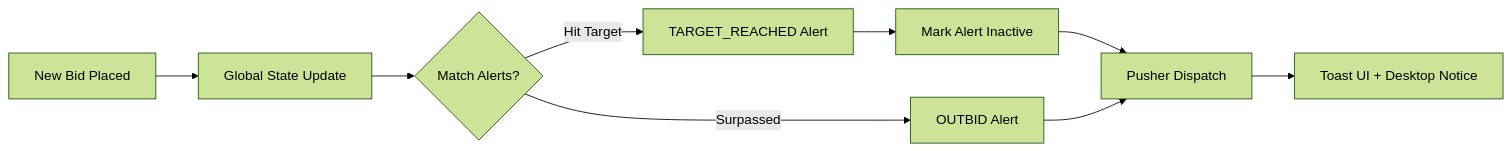
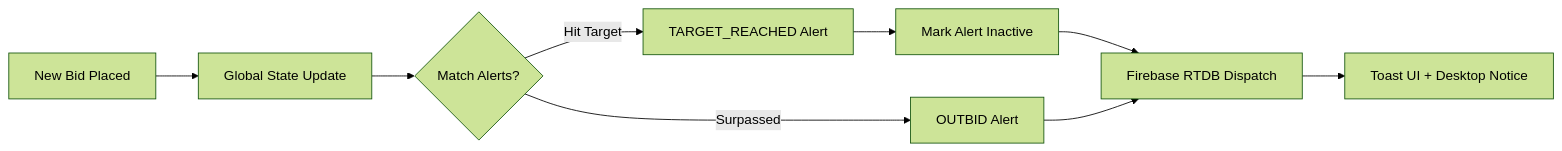
One commit to Sayem9999/nilamit.com changed the fifth of 5 diagrams in docs/flow.md. Above: the diagram before and after it, drawn with Mermaid (forest theme). The commit also changed other lines of this file and 19 other files, not shown here.

````diff
--- a/docs/flow.md
+++ b/docs/flow.md
@@ -114,11 +114,11 @@
 ```mermaid
 graph LR
     Bid[New Bid Placed] --> Sync[Global State Update]
     Sync --> Match{Match Alerts?}
     Match -->|Hit Target| T[TARGET_REACHED Alert]
     Match -->|Surpassed| O[OUTBID Alert]
     T --> Deactivate[Mark Alert Inactive]
-    Deactivate --> Push[Pusher Dispatch]
+    Deactivate --> Push[Firebase RTDB Dispatch]
     O --> Push
     Push --> Client[Toast UI + Desktop Notice]
 ```
````
